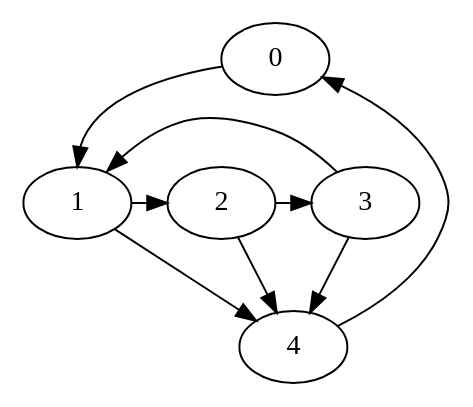
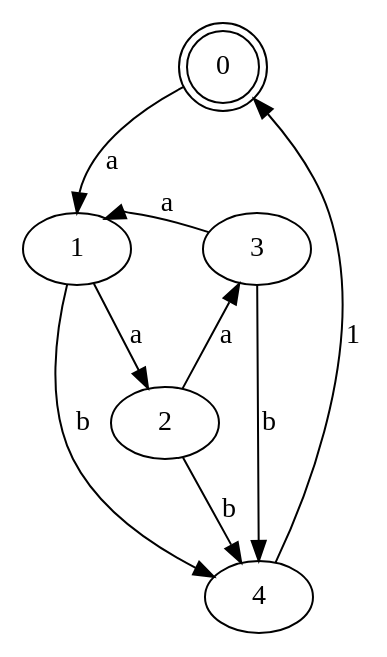
The diagram in src/sample1.dot (skramm/spaghetti), drawn with Graphviz before and after one commit. The commit also changed 6 other files, not shown here.

```diff
--- a/src/sample1.dot
+++ b/src/sample1.dot
@@ -1,17 +1,20 @@
 digraph G {
 size="8,10";
 { rank = same; 0; }
 
-{ rank = same; 1; 2; 3; }
+{ rank = same; 1; 3; }
+{ rank = same; 2; }
 
 { rank = same; 4; }
 
-0->1[headport=n];
-1->2;
-2->3;
-3->1[headport=ne];
-1->4;
-2->4;
-3->4;
-4->0;
+0 [shape="doublecircle"];
+
+0->1[label="a";headport=n];
+1->2[label="a"];
+2->3[label="a"];
+3->1[label="a";headport=ne];
+1->4[label="b"];
+2->4[label="b"];
+3->4[label="b"];
+4->0[label="1"];
 }
```
